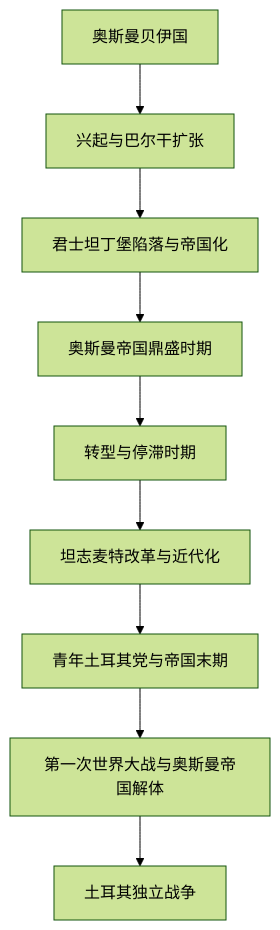
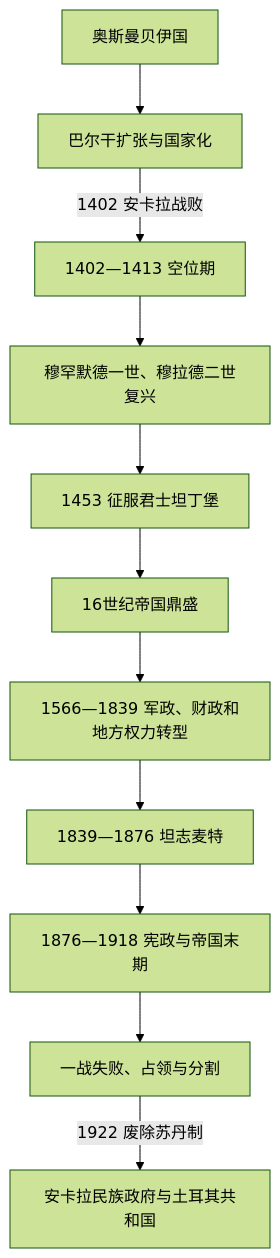
One commit to tianlan-dev/learning-notes changed the diagram in 人文科学/历史/西亚/土耳其/奥斯曼帝国/README.md. Above: the diagram before and after it, drawn with Mermaid (forest theme). The commit also changed other lines of this file and 1417 other files, not shown here.

````diff
--- a/人文科学/历史/西亚/土耳其/奥斯曼帝国/README.md
+++ b/人文科学/历史/西亚/土耳其/奥斯曼帝国/README.md
@@ -14,11 +13,13 @@
 ```mermaid
 flowchart TD
-    Beylik["奥斯曼贝伊国"] --> Rise["兴起与巴尔干扩张"]
-    Rise --> Constantinople["君士坦丁堡陷落与帝国化"]
-    Constantinople --> Zenith["奥斯曼帝国鼎盛时期"]
-    Zenith --> Transformation["转型与停滞时期"]
-    Transformation --> Tanzimat["坦志麦特改革与近代化"]
-    Tanzimat --> YoungTurks["青年土耳其党与帝国末期"]
-    YoungTurks --> WWI["第一次世界大战与奥斯曼帝国解体"]
-    WWI --> TurkeyWar["土耳其独立战争"]
+    Beylik["奥斯曼贝伊国"] --> Rise["巴尔干扩张与国家化"]
+    Rise -->|1402 安卡拉战败| Interregnum["1402—1413 空位期"]
+    Interregnum --> Recovery["穆罕默德一世、穆拉德二世复兴"]
+    Recovery --> Constantinople["1453 征服君士坦丁堡"]
+    Constantinople --> Zenith["16世纪帝国鼎盛"]
+    Zenith --> Transformation["1566—1839 军政、财政和地方权力转型"]
+    Transformation --> Tanzimat["1839—1876 坦志麦特"]
+    Tanzimat --> Constitution["1876—1918 宪政与帝国末期"]
+    Constitution --> WWI["一战失败、占领与分割"]
+    WWI -->|1922 废除苏丹制| Republic["安卡拉民族政府与土耳其共和国"]
 ```
````
